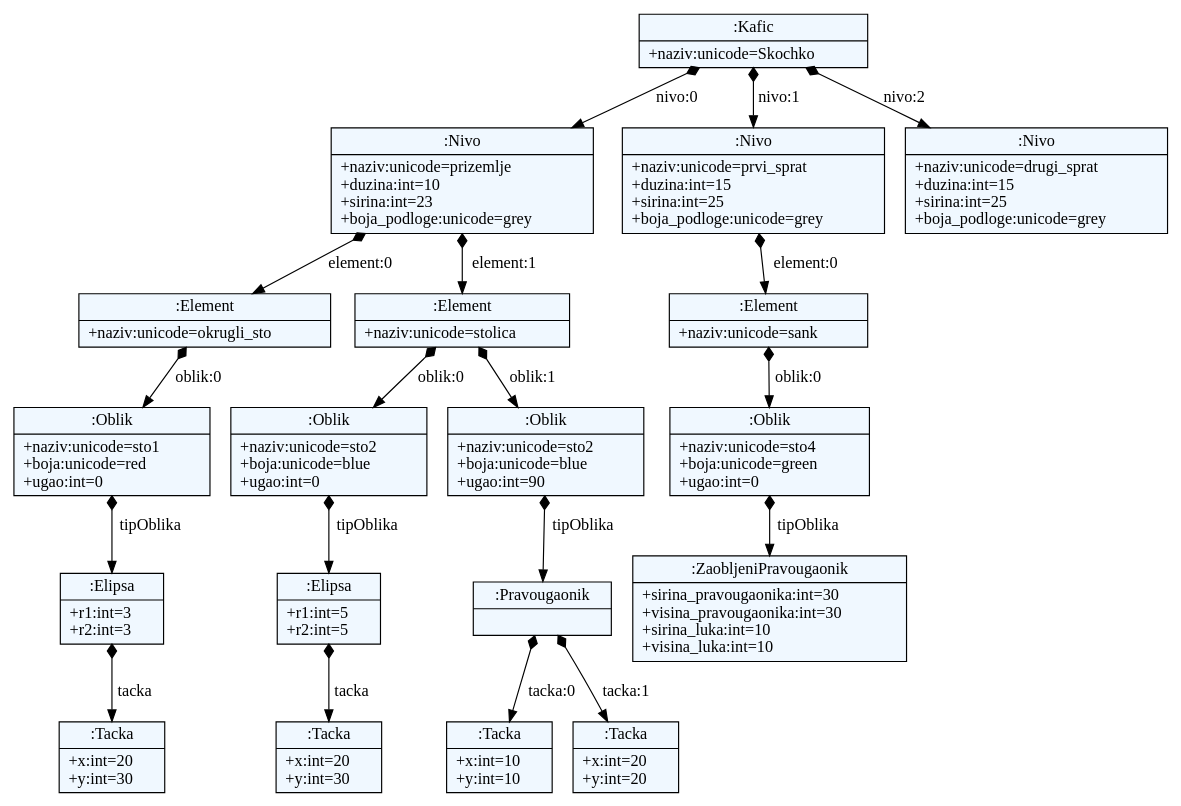
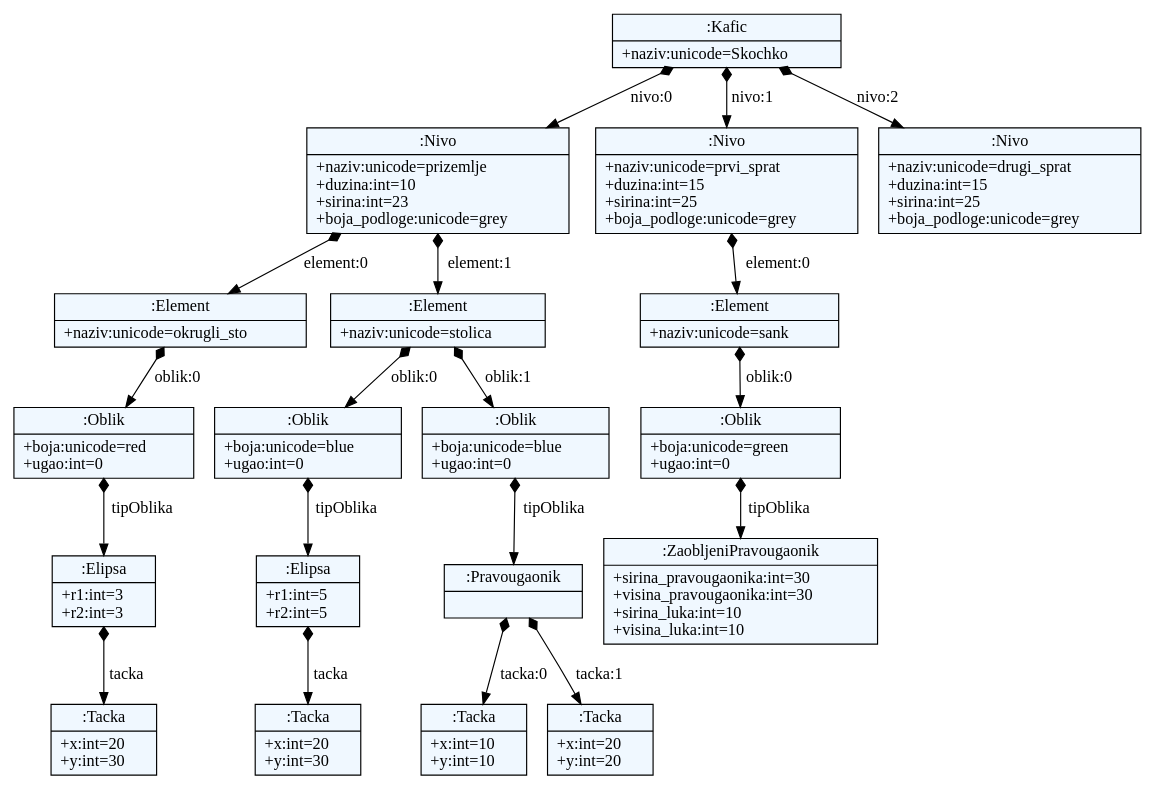
One commit to 0xMilica/JSDGenerator changed the diagram in JSDProject/language/model.dot. Above: the diagram before and after it, drawn with Graphviz. The commit also changed 5 other files, not shown here.

```diff
--- a/JSDProject/language/model.dot
+++ b/JSDProject/language/model.dot
@@ -1,51 +1,51 @@
 
     digraph xtext {
     fontname = "Bitstream Vera Sans"
     fontsize = 8
     node[
         shape=record,
         style=filled,
         fillcolor=aliceblue
     ]
     edge[dir=black,arrowtail=empty]
 
 
-49358256 -> 49358416 [label="nivo:0" arrowtail=diamond dir=both]
-49358416 -> 49358608 [label="element:0" arrowtail=diamond dir=both]
-49358608 -> 49358736 [label="oblik:0" arrowtail=diamond dir=both]
-49358736 -> 49358928 [label="tipOblika" arrowtail=diamond dir=both]
-49358928 -> 49359056 [label="tacka" arrowtail=diamond dir=both]
-49359056[label="{:Tacka|+x:int=20\l+y:int=30\l}"]
-49358928[label="{:Elipsa|+r1:int=3\l+r2:int=3\l}"]
-49358736[label="{:Oblik|+naziv:unicode=sto1\l+boja:unicode=red\l+ugao:int=0\l}"]
-49358608[label="{:Element|+naziv:unicode=okrugli_sto\l}"]
-49358416 -> 49358704 [label="element:1" arrowtail=diamond dir=both]
-49358704 -> 49359120 [label="oblik:0" arrowtail=diamond dir=both]
-49359120 -> 49359184 [label="tipOblika" arrowtail=diamond dir=both]
-49359184 -> 49359248 [label="tacka" arrowtail=diamond dir=both]
-49359248[label="{:Tacka|+x:int=20\l+y:int=30\l}"]
-49359184[label="{:Elipsa|+r1:int=5\l+r2:int=5\l}"]
-49359120[label="{:Oblik|+naziv:unicode=sto2\l+boja:unicode=blue\l+ugao:int=0\l}"]
-49358704 -> 49359152 [label="oblik:1" arrowtail=diamond dir=both]
-49359152 -> 49359280 [label="tipOblika" arrowtail=diamond dir=both]
-49359280 -> 49359376 [label="tacka:0" arrowtail=diamond dir=both]
-49359376[label="{:Tacka|+x:int=10\l+y:int=10\l}"]
-49359280 -> 49359440 [label="tacka:1" arrowtail=diamond dir=both]
-49359440[label="{:Tacka|+x:int=20\l+y:int=20\l}"]
-49359280[label="{:Pravougaonik|}"]
-49359152[label="{:Oblik|+naziv:unicode=sto2\l+boja:unicode=blue\l+ugao:int=90\l}"]
-49358704[label="{:Element|+naziv:unicode=stolica\l}"]
-49358416[label="{:Nivo|+naziv:unicode=prizemlje\l+duzina:int=10\l+sirina:int=23\l+boja_podloge:unicode=grey\l}"]
-49358256 -> 49358576 [label="nivo:1" arrowtail=diamond dir=both]
-49358576 -> 49359216 [label="element:0" arrowtail=diamond dir=both]
-49359216 -> 49359472 [label="oblik:0" arrowtail=diamond dir=both]
-49359472 -> 49359536 [label="tipOblika" arrowtail=diamond dir=both]
-49359536[label="{:ZaobljeniPravougaonik|+sirina_pravougaonika:int=30\l+visina_pravougaonika:int=30\l+sirina_luka:int=10\l+visina_luka:int=10\l}"]
-49359472[label="{:Oblik|+naziv:unicode=sto4\l+boja:unicode=green\l+ugao:int=0\l}"]
-49359216[label="{:Element|+naziv:unicode=sank\l}"]
-49358576[label="{:Nivo|+naziv:unicode=prvi_sprat\l+duzina:int=15\l+sirina:int=25\l+boja_podloge:unicode=grey\l}"]
-49358256 -> 49358960 [label="nivo:2" arrowtail=diamond dir=both]
-49358960[label="{:Nivo|+naziv:unicode=drugi_sprat\l+duzina:int=15\l+sirina:int=25\l+boja_podloge:unicode=grey\l}"]
-49358256[label="{:Kafic|+naziv:unicode=Skochko\l}"]
+48426160 -> 48426320 [label="nivo:0" arrowtail=diamond dir=both]
+48426320 -> 48426512 [label="element:0" arrowtail=diamond dir=both]
+48426512 -> 48426640 [label="oblik:0" arrowtail=diamond dir=both]
+48426640 -> 48426736 [label="tipOblika" arrowtail=diamond dir=both]
+48426736 -> 48426864 [label="tacka" arrowtail=diamond dir=both]
+48426864[label="{:Tacka|+x:int=20\l+y:int=30\l}"]
+48426736[label="{:Elipsa|+r1:int=3\l+r2:int=3\l}"]
+48426640[label="{:Oblik|+boja:unicode=red\l+ugao:int=0\l}"]
+48426512[label="{:Element|+naziv:unicode=okrugli_sto\l}"]
+48426320 -> 48426608 [label="element:1" arrowtail=diamond dir=both]
+48426608 -> 48426992 [label="oblik:0" arrowtail=diamond dir=both]
+48426992 -> 48599120 [label="tipOblika" arrowtail=diamond dir=both]
+48599120 -> 48599184 [label="tacka" arrowtail=diamond dir=both]
+48599184[label="{:Tacka|+x:int=20\l+y:int=30\l}"]
+48599120[label="{:Elipsa|+r1:int=5\l+r2:int=5\l}"]
+48426992[label="{:Oblik|+boja:unicode=blue\l+ugao:int=0\l}"]
+48426608 -> 48599088 [label="oblik:1" arrowtail=diamond dir=both]
+48599088 -> 48599216 [label="tipOblika" arrowtail=diamond dir=both]
+48599216 -> 48599312 [label="tacka:0" arrowtail=diamond dir=both]
+48599312[label="{:Tacka|+x:int=10\l+y:int=10\l}"]
+48599216 -> 48599376 [label="tacka:1" arrowtail=diamond dir=both]
+48599376[label="{:Tacka|+x:int=20\l+y:int=20\l}"]
+48599216[label="{:Pravougaonik|}"]
+48599088[label="{:Oblik|+boja:unicode=blue\l+ugao:int=0\l}"]
+48426608[label="{:Element|+naziv:unicode=stolica\l}"]
+48426320[label="{:Nivo|+naziv:unicode=prizemlje\l+duzina:int=10\l+sirina:int=23\l+boja_podloge:unicode=grey\l}"]
+48426160 -> 48426480 [label="nivo:1" arrowtail=diamond dir=both]
+48426480 -> 48599152 [label="element:0" arrowtail=diamond dir=both]
+48599152 -> 48599408 [label="oblik:0" arrowtail=diamond dir=both]
+48599408 -> 48599472 [label="tipOblika" arrowtail=diamond dir=both]
+48599472[label="{:ZaobljeniPravougaonik|+sirina_pravougaonika:int=30\l+visina_pravougaonika:int=30\l+sirina_luka:int=10\l+visina_luka:int=10\l}"]
+48599408[label="{:Oblik|+boja:unicode=green\l+ugao:int=0\l}"]
+48599152[label="{:Element|+naziv:unicode=sank\l}"]
+48426480[label="{:Nivo|+naziv:unicode=prvi_sprat\l+duzina:int=15\l+sirina:int=25\l+boja_podloge:unicode=grey\l}"]
+48426160 -> 48426928 [label="nivo:2" arrowtail=diamond dir=both]
+48426928[label="{:Nivo|+naziv:unicode=drugi_sprat\l+duzina:int=15\l+sirina:int=25\l+boja_podloge:unicode=grey\l}"]
+48426160[label="{:Kafic|+naziv:unicode=Skochko\l}"]
 
 }
```
